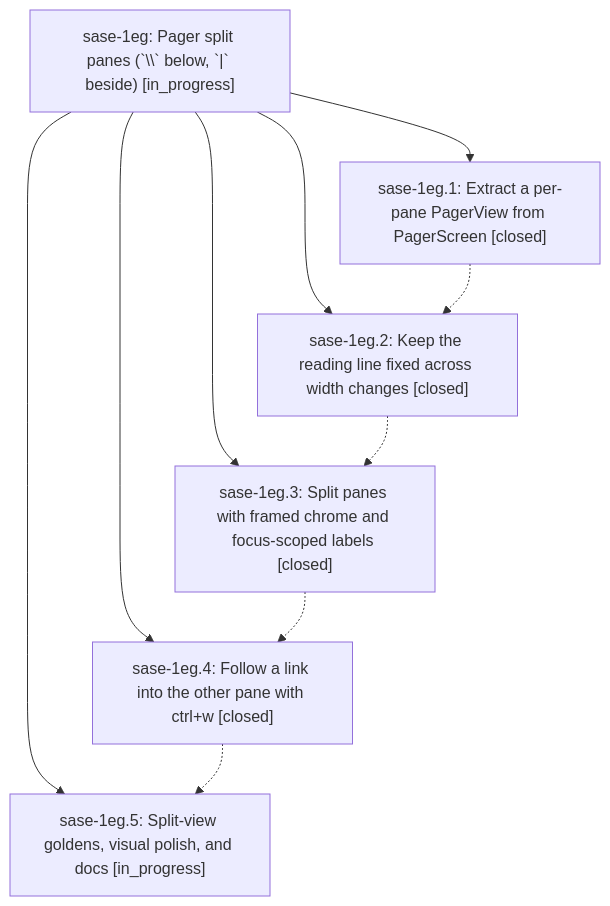
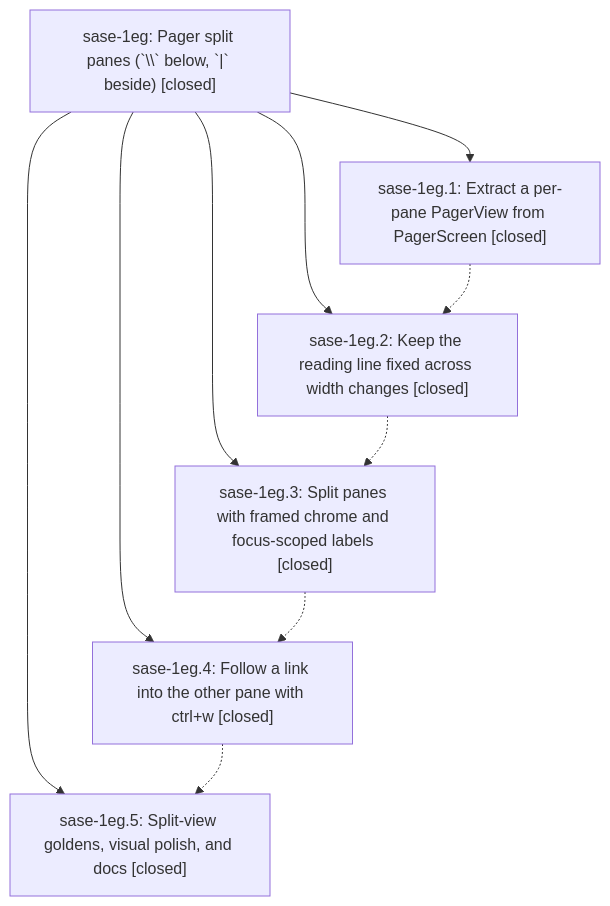
One commit to sase-org/sase--beads changed the diagram in pages/sase-1eg/README.md. Above: the diagram before and after it, drawn with Mermaid. The commit also changed other lines of this file and 2 other files, not shown here.

First line of the commit message:
chore(beads): sync bead state and pages for sase-1eg

````diff
--- a/pages/sase-1eg/README.md
+++ b/pages/sase-1eg/README.md
@@ -26,18 +46,18 @@
 ```mermaid
 flowchart TD
-    n0["sase-1eg: Pager split panes (`\\` below, `|` beside) [in_progress]"]
+    n0["sase-1eg: Pager split panes (`\\` below, `|` beside) [closed]"]
     n1["sase-1eg.1: Extract a per-pane PagerView from PagerScreen [closed]"]
     n2["sase-1eg.2: Keep the reading line fixed across width changes [closed]"]
     n3["sase-1eg.3: Split panes with framed chrome and focus-scoped labels [closed]"]
     n4["sase-1eg.4: Follow a link into the other pane with ctrl+w [closed]"]
-    n5["sase-1eg.5: Split-view goldens, visual polish, and docs [in_progress]"]
+    n5["sase-1eg.5: Split-view goldens, visual polish, and docs [closed]"]
     n0 --> n1
     n0 --> n2
     n0 --> n3
     n0 --> n4
     n0 --> n5
     n1 -.-> n2
     n2 -.-> n3
     n3 -.-> n4
     n4 -.-> n5
 ```
````
